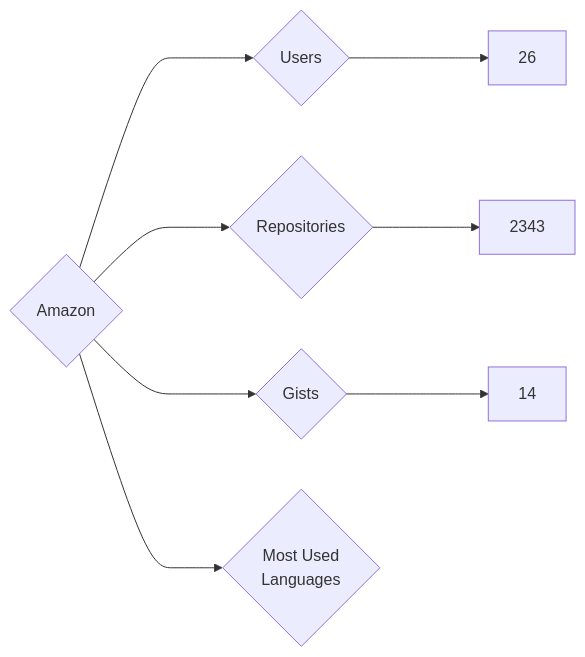
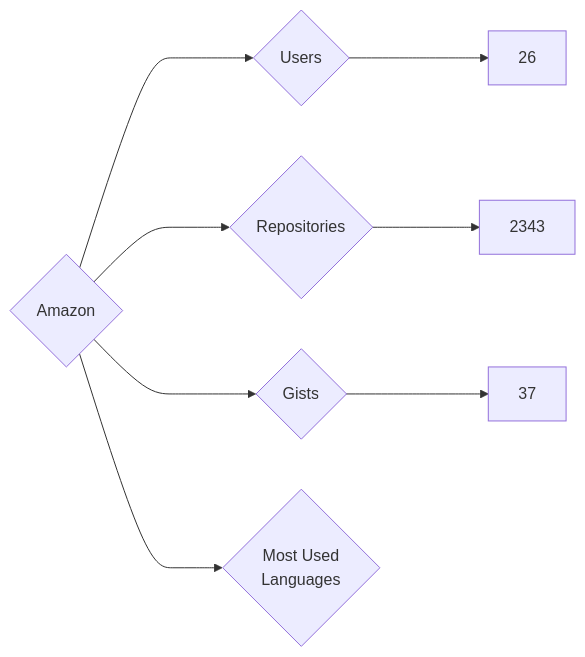
The diagram in targets/Amazon/README.md (nenadzaric/insiders), drawn with Mermaid before and after one commit. The commit also changed 1342 other files, not shown here.

````diff
--- a/targets/Amazon/README.md
+++ b/targets/Amazon/README.md
@@ -3,8 +3,8 @@
 ```mermaid
 graph LR
 COMPANY_NAME{Amazon}
 COMPANY_NAME ---> U{Users} ---> UN[26]
 COMPANY_NAME ---> R{Repositories} ---> RN[2343]
-COMPANY_NAME ---> G{Gists} ---> GN[14]
+COMPANY_NAME ---> G{Gists} ---> GN[37]
 COMPANY_NAME ---> ML{Most Used<br>Languages}
 ```
````
